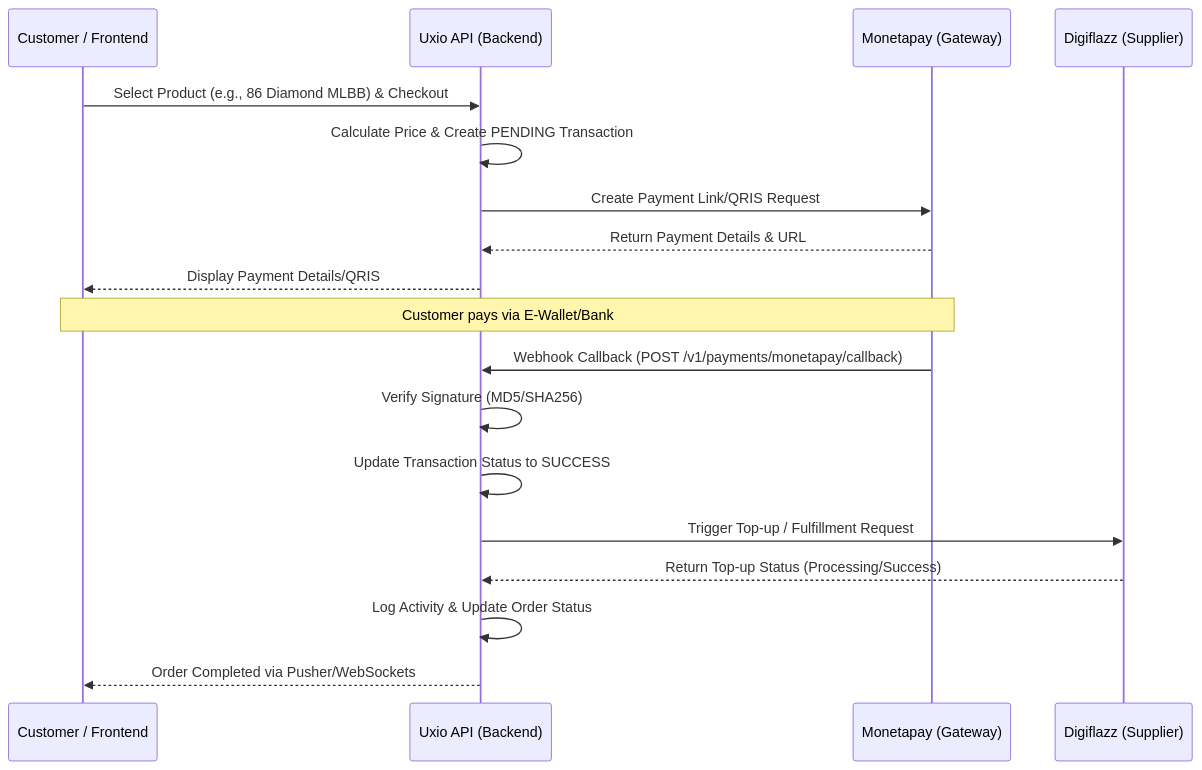
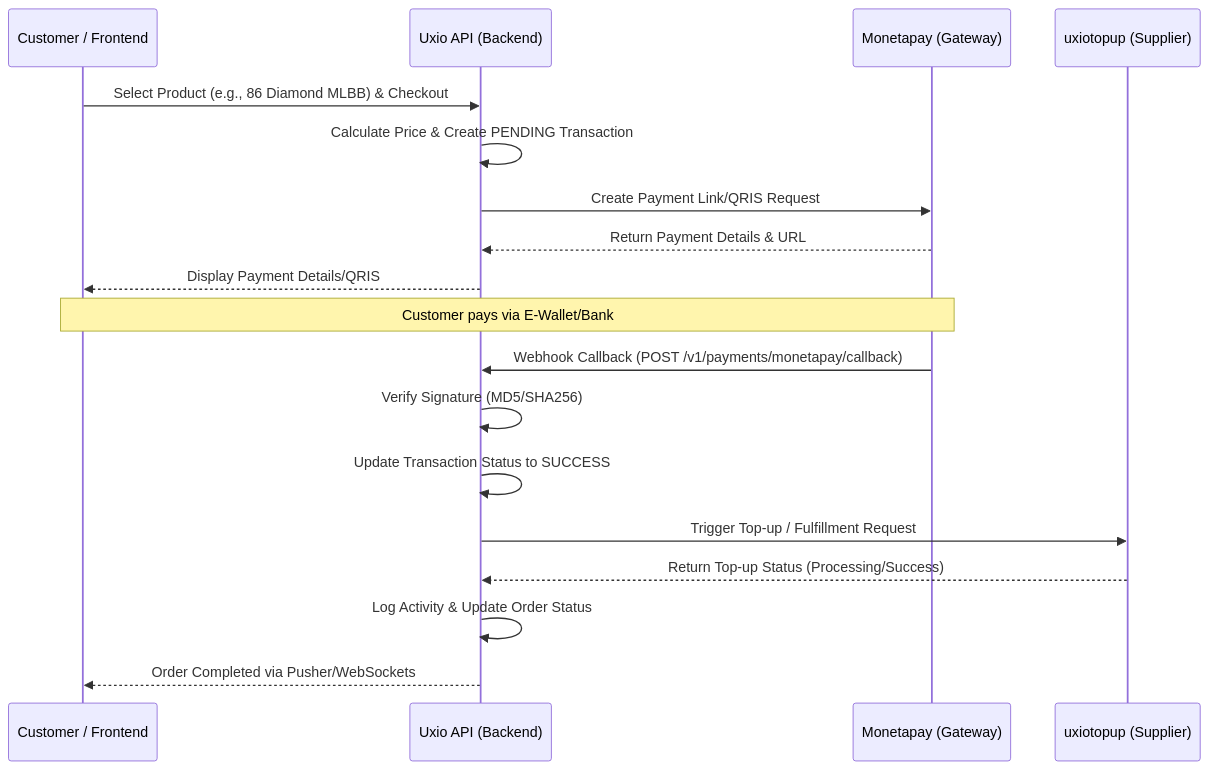
Before and after one commit to UXIO-DIGITAL-NETWORK/isgstore-monorepo: the diagram in apps/api/docs/artifacts/payment-and-supplier-flow.md, drawn with Mermaid. The commit also changed other lines of this file and 189 other files, not shown here.

First line of the commit message:
feat: migrate supplier from Digiflazz to uxiotopup + re-point deploy to new server

````diff
--- a/apps/api/docs/artifacts/payment-and-supplier-flow.md
+++ b/apps/api/docs/artifacts/payment-and-supplier-flow.md
@@ -11,26 +11,26 @@
 ```mermaid
 sequenceDiagram
     participant C as Customer / Frontend
     participant U as Uxio API (Backend)
     participant M as Monetapay (Gateway)
-    participant D as Digiflazz (Supplier)
+    participant D as uxiotopup (Supplier)
 
     %% 1. Order Creation
     C->>U: Select Product (e.g., 86 Diamond MLBB) & Checkout
     U->>U: Calculate Price & Create PENDING Transaction
     U->>M: Create Payment Link/QRIS Request
     M-->>U: Return Payment Details & URL
     U-->>C: Display Payment Details/QRIS
 
     %% 2. Payment Webhook
     Note over C, M: Customer pays via E-Wallet/Bank
     M->>U: Webhook Callback (POST /v1/payments/monetapay/callback)
     U->>U: Verify Signature (MD5/SHA256)
     U->>U: Update Transaction Status to SUCCESS
     
     %% 3. Supplier Fulfillment
     U->>D: Trigger Top-up / Fulfillment Request
     D-->>U: Return Top-up Status (Processing/Success)
     U->>U: Log Activity & Update Order Status
     U-->>C: Order Completed via Pusher/WebSockets
 ```
````
